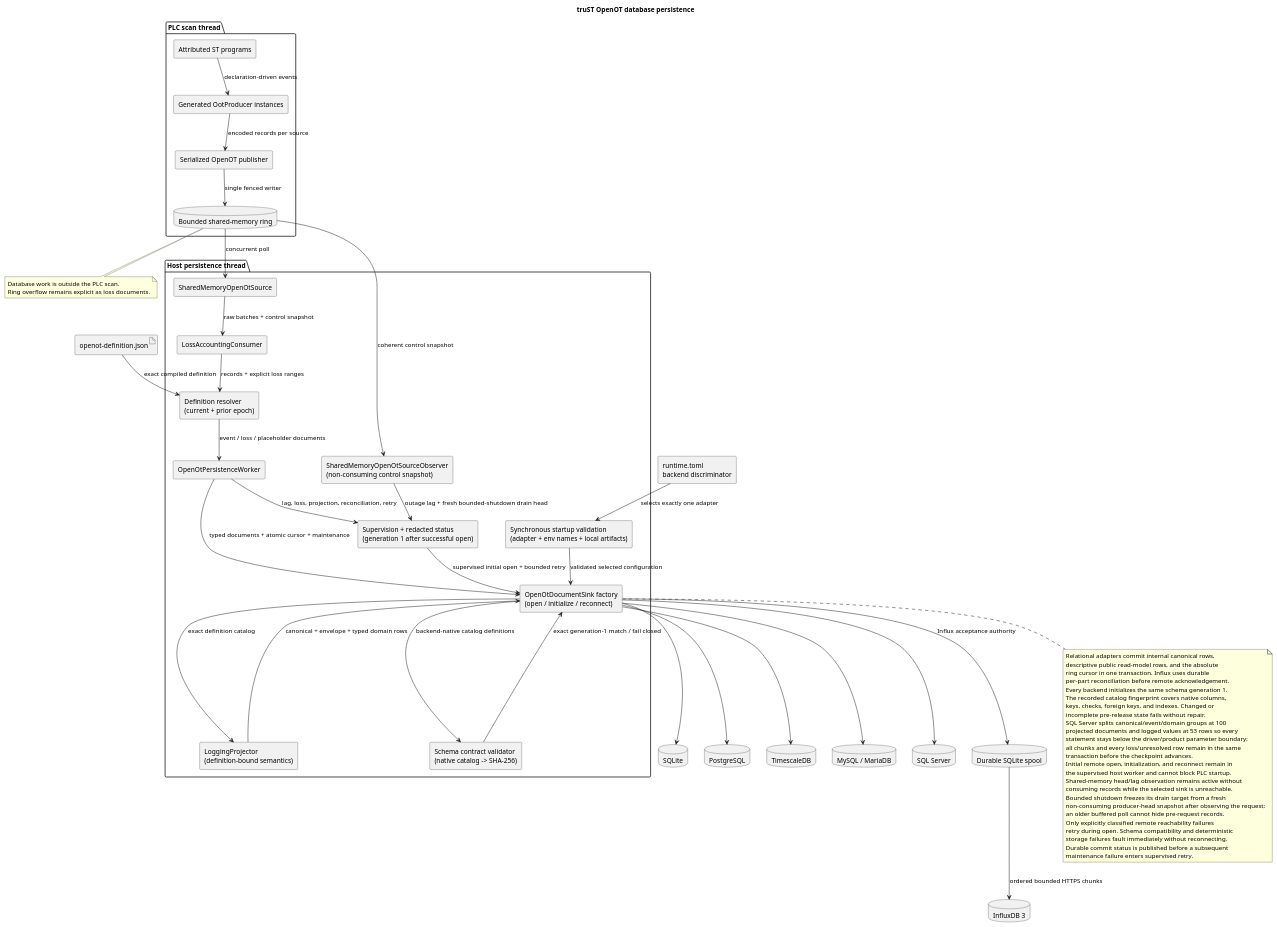
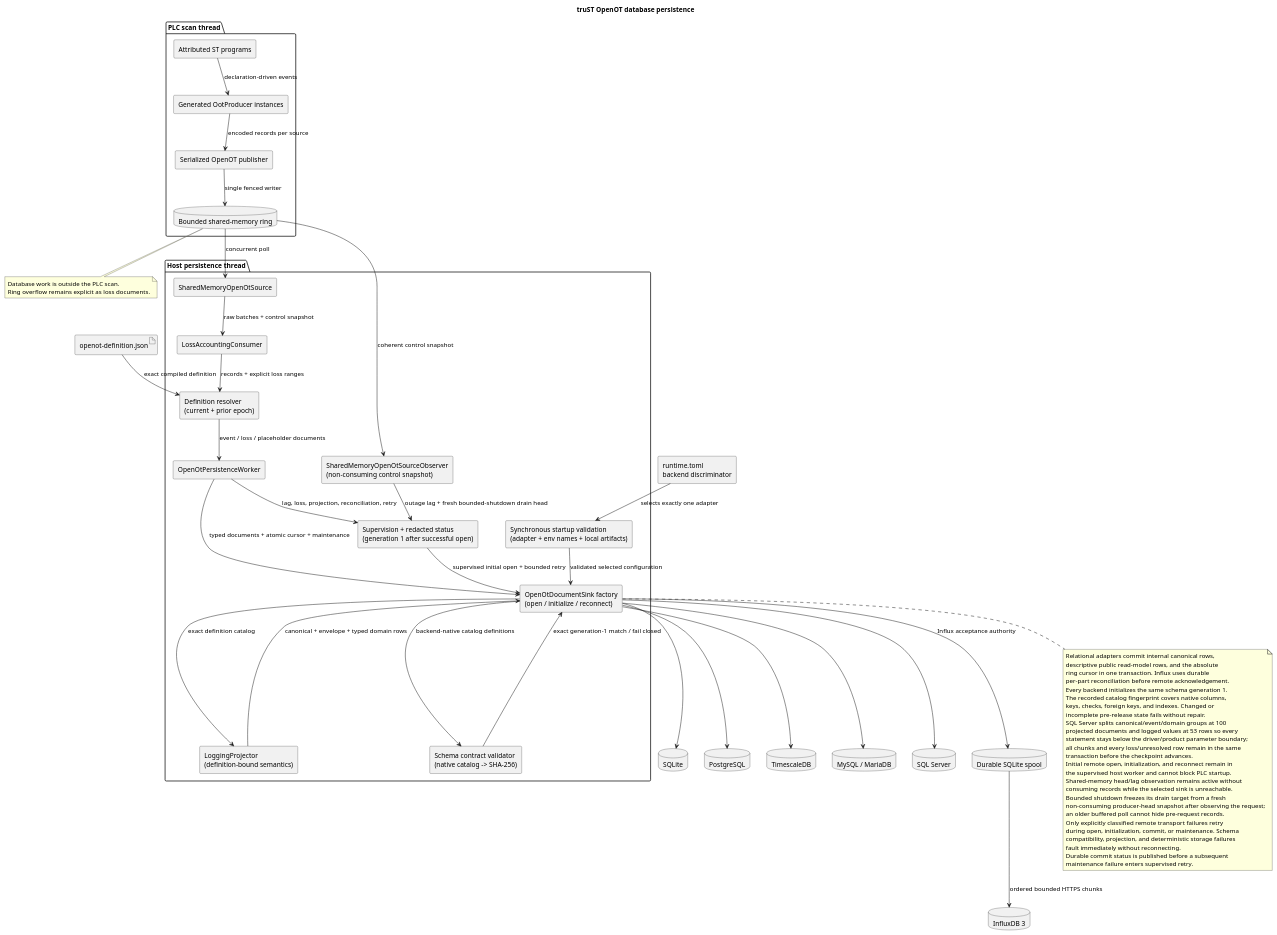
The diagram in docs/diagrams/architecture/openot-database-persistence.puml (johannesPettersson80/trust-platform), drawn with PlantUML before and after one commit. The commit also changed 17 other files, not shown here.

```diff
--- a/docs/diagrams/architecture/openot-database-persistence.puml
+++ b/docs/diagrams/architecture/openot-database-persistence.puml
@@ -1,95 +1,96 @@
 @startuml
 title truST OpenOT database persistence
 skinparam componentStyle rectangle
 
 package "PLC scan thread" {
   component "Attributed ST programs" as st
   component "Generated OotProducer instances" as producers
   component "Serialized OpenOT publisher" as publisher
   database "Bounded shared-memory ring" as ring
   st --> producers : declaration-driven events
   producers --> publisher : encoded records per source
   publisher --> ring : single fenced writer
 }
 
 package "Host persistence thread" {
   component "SharedMemoryOpenOtSourceObserver\n(non-consuming control snapshot)" as observer
   component "SharedMemoryOpenOtSource" as source
   component "LossAccountingConsumer" as loss
   component "Definition resolver\n(current + prior epoch)" as resolver
   component "OpenOtPersistenceWorker" as worker
   component "LoggingProjector\n(definition-bound semantics)" as projector
   component "Synchronous startup validation\n(adapter + env names + local artifacts)" as startup
   component "OpenOtDocumentSink factory\n(open / initialize / reconnect)" as factory
   component "Schema contract validator\n(native catalog -> SHA-256)" as schema
   component "Supervision + redacted status\n(generation 1 after successful open)" as status
   ring --> source : concurrent poll
   ring --> observer : coherent control snapshot
   observer --> status : outage lag + fresh bounded-shutdown drain head
   source --> loss : raw batches + control snapshot
   loss --> resolver : records + explicit loss ranges
   resolver --> worker : event / loss / placeholder documents
   startup --> factory : validated selected configuration
   status --> factory : supervised initial open + bounded retry
   worker --> factory : typed documents + atomic cursor + maintenance
   factory --> schema : backend-native catalog definitions
   schema --> factory : exact generation-1 match / fail closed
   factory --> projector : exact definition catalog
   projector --> factory : canonical + envelope + typed domain rows
   worker --> status : lag, loss, projection, reconciliation, retry
 }
 
 artifact "openot-definition.json" as definition
 component "runtime.toml\nbackend discriminator" as toml
 definition --> resolver : exact compiled definition
 toml --> startup : selects exactly one adapter
 
 database "SQLite" as sqlite
 database "PostgreSQL" as postgres
 database "TimescaleDB" as timescale
 database "MySQL / MariaDB" as mysql
 database "SQL Server" as sqlserver
 database "InfluxDB 3" as influx
 database "Durable SQLite spool" as spool
 
 factory --> sqlite
 factory --> postgres
 factory --> timescale
 factory --> mysql
 factory --> sqlserver
 factory --> spool : Influx acceptance authority
 spool --> influx : ordered bounded HTTPS chunks
 
 note bottom of ring
 Database work is outside the PLC scan.
 Ring overflow remains explicit as loss documents.
 end note
 
 note bottom of factory
 Relational adapters commit internal canonical rows,
 descriptive public read-model rows, and the absolute
 ring cursor in one transaction. Influx uses durable
 per-part reconciliation before remote acknowledgement.
 Every backend initializes the same schema generation 1.
 The recorded catalog fingerprint covers native columns,
 keys, checks, foreign keys, and indexes. Changed or
 incomplete pre-release state fails without repair.
 SQL Server splits canonical/event/domain groups at 100
 projected documents and logged values at 53 rows so every
 statement stays below the driver/product parameter boundary;
 all chunks and every loss/unresolved row remain in the same
 transaction before the checkpoint advances.
 Initial remote open, initialization, and reconnect remain in
 the supervised host worker and cannot block PLC startup.
 Shared-memory head/lag observation remains active without
 consuming records while the selected sink is unreachable.
 Bounded shutdown freezes its drain target from a fresh
 non-consuming producer-head snapshot after observing the request;
 an older buffered poll cannot hide pre-request records.
-Only explicitly classified remote reachability failures
-retry during open. Schema compatibility and deterministic
-storage failures fault immediately without reconnecting.
+Only explicitly classified remote transport failures retry
+during open, initialization, commit, or maintenance. Schema
+compatibility, projection, and deterministic storage failures
+fault immediately without reconnecting.
 Durable commit status is published before a subsequent
 maintenance failure enters supervised retry.
 end note
 @enduml
```
